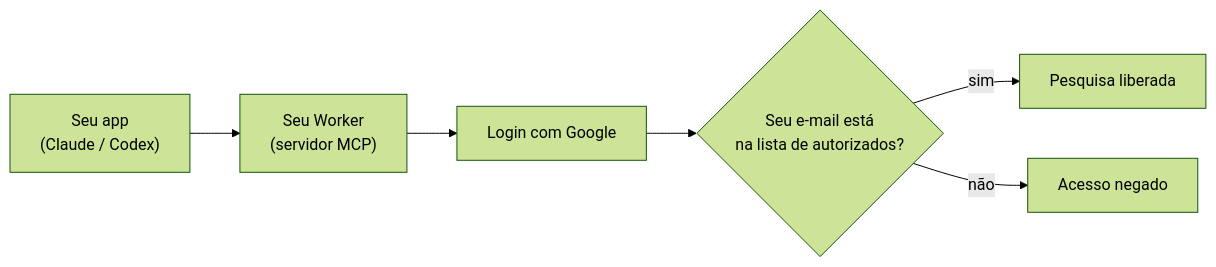
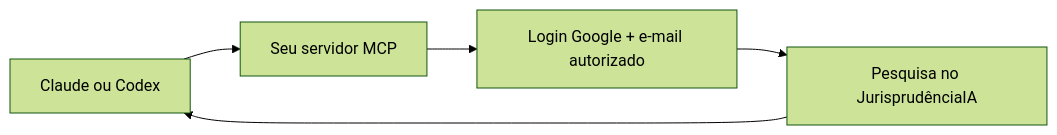
One commit to brunoflma/jurisprudenciaia-mcp changed the diagram in README.md. Above: the diagram before and after it, drawn with Mermaid (forest theme). The commit also changed other lines of this file and 1 other file, not shown here.

````diff
--- a/README.md
+++ b/README.md
@@ -41,8 +47,7 @@
 ```mermaid
 flowchart LR
-    A["Seu app<br/>(Claude / Codex)"] --> B["Seu Worker<br/>(servidor MCP)"]
-    B --> C["Login com Google"]
-    C --> D{"Seu e-mail está<br/>na lista de autorizados?"}
-    D -- "sim" --> E["Pesquisa liberada"]
-    D -- "não" --> F["Acesso negado"]
+    A["Claude ou Codex"] --> B["Seu servidor MCP"]
+    B --> C["Login Google + e-mail autorizado"]
+    C --> D["Pesquisa no JurisprudênciaIA"]
+    D --> A
 ```
````
